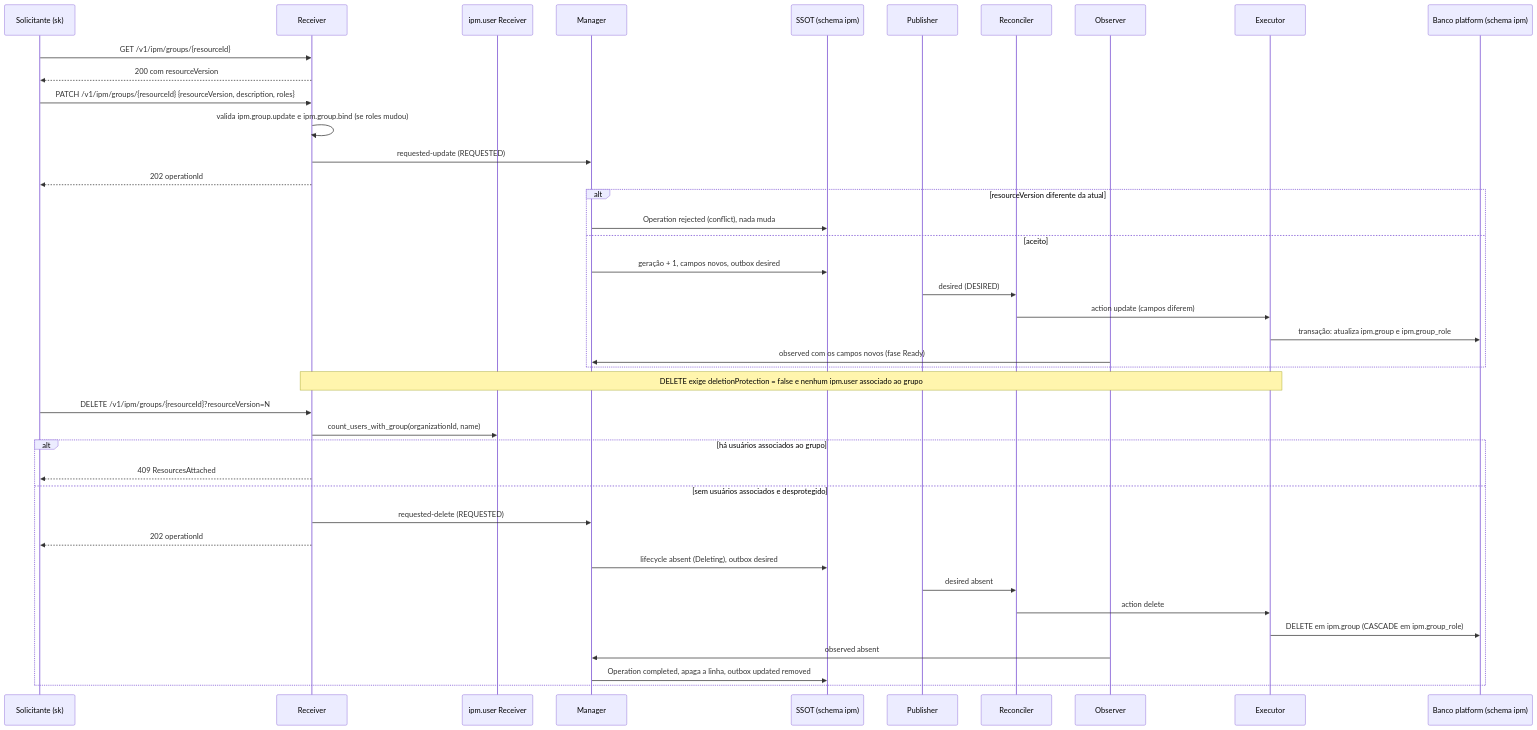
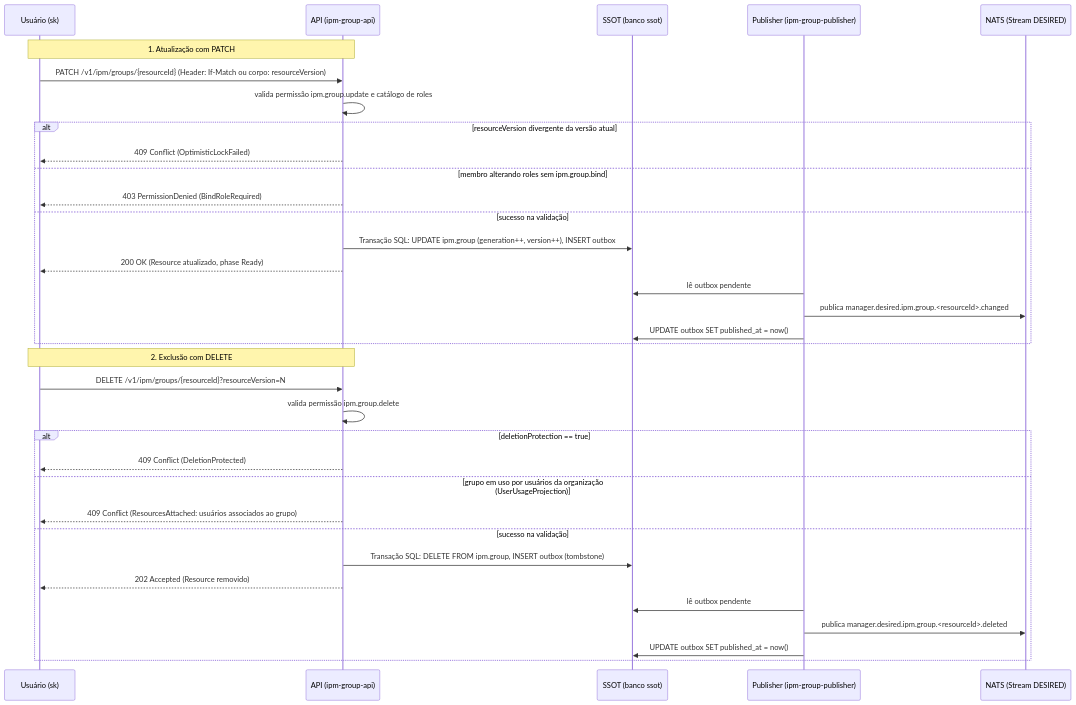
Before and after one commit to danielsabatini/smarkee: the diagram in features/ipm/group/docs/flow/03-atualizar-e-remover.mmd, drawn with Mermaid. The commit also changed 83 other files, not shown here.

Commit message:
docs(features): atualiza data flows e diagramas de role, group, bsm/account e core/account

```diff
--- a/features/ipm/group/docs/flow/03-atualizar-e-remover.mmd
+++ b/features/ipm/group/docs/flow/03-atualizar-e-remover.mmd
@@ -1,41 +1,36 @@
 sequenceDiagram
-  participant U as Solicitante (sk)
-  participant R as Receiver
-  participant USRR as ipm.user Receiver
-  participant M as Manager
-  participant DB as SSOT (schema ipm)
-  participant P as Publisher
-  participant REC as Reconciler
-  participant OB as Observer
-  participant EX as Executor
-  participant ST as Banco platform (schema ipm)
-  U->>R: GET /v1/ipm/groups/{resourceId}
-  R-->>U: 200 com resourceVersion
-  U->>R: PATCH /v1/ipm/groups/{resourceId} {resourceVersion, description, roles}
-  R->>R: valida ipm.group.update e ipm.group.bind (se roles mudou)
-  R->>M: requested-update (REQUESTED)
-  R-->>U: 202 operationId
-  alt resourceVersion diferente da atual
-    M->>DB: Operation rejected (conflict), nada muda
-  else aceito
-    M->>DB: geração + 1, campos novos, outbox desired
-    P->>REC: desired (DESIRED)
-    REC->>EX: action update (campos diferem)
-    EX->>ST: transação: atualiza ipm.group e ipm.group_role
-    OB->>M: observed com os campos novos (fase Ready)
+  participant U as Usuário (sk)
+  participant API as API (ipm-group-api)
+  participant DB as SSOT (banco ssot)
+  participant P as Publisher (ipm-group-publisher)
+  participant NATS as NATS (Stream DESIRED)
+
+  Note over U,API: 1. Atualização com PATCH
+  U->>API: PATCH /v1/ipm/groups/{resourceId} (Header: If-Match ou corpo: resourceVersion)
+  API->>API: valida permissão ipm.group.update e catálogo de roles
+  alt resourceVersion divergente da versão atual
+    API-->>U: 409 Conflict (OptimisticLockFailed)
+  else membro alterando roles sem ipm.group.bind
+    API-->>U: 403 PermissionDenied (BindRoleRequired)
+  else sucesso na validação
+    API->>DB: Transação SQL: UPDATE ipm.group (generation++, version++), INSERT outbox
+    API-->>U: 200 OK (Resource atualizado, phase Ready)
+    P->>DB: lê outbox pendente
+    P->>NATS: publica manager.desired.ipm.group.<resourceId>.changed
+    P->>DB: UPDATE outbox SET published_at = now()
   end
-  Note over R,EX: DELETE exige deletionProtection = false e nenhum ipm.user associado ao grupo
-  U->>R: DELETE /v1/ipm/groups/{resourceId}?resourceVersion=N
-  R->>USRR: count_users_with_group(organizationId, name)
-  alt há usuários associados ao grupo
-    R-->>U: 409 ResourcesAttached
-  else sem usuários associados e desprotegido
-    R->>M: requested-delete (REQUESTED)
-    R-->>U: 202 operationId
-    M->>DB: lifecycle absent (Deleting), outbox desired
-    P->>REC: desired absent
-    REC->>EX: action delete
-    EX->>ST: DELETE em ipm.group (CASCADE em ipm.group_role)
-    OB->>M: observed absent
-    M->>DB: Operation completed, apaga a linha, outbox updated removed
+
+  Note over U,API: 2. Exclusão com DELETE
+  U->>API: DELETE /v1/ipm/groups/{resourceId}?resourceVersion=N
+  API->>API: valida permissão ipm.group.delete
+  alt deletionProtection == true
+    API-->>U: 409 Conflict (DeletionProtected)
+  else grupo em uso por usuários da organização (UserUsageProjection)
+    API-->>U: 409 Conflict (ResourcesAttached: usuários associados ao grupo)
+  else sucesso na validação
+    API->>DB: Transação SQL: DELETE FROM ipm.group, INSERT outbox (tombstone)
+    API-->>U: 202 Accepted (Resource removido)
+    P->>DB: lê outbox pendente
+    P->>NATS: publica manager.desired.ipm.group.<resourceId>.deleted
+    P->>DB: UPDATE outbox SET published_at = now()
   end
```
